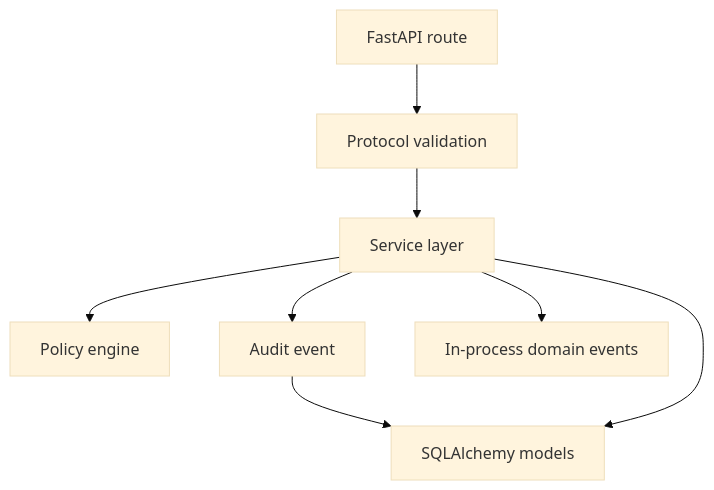
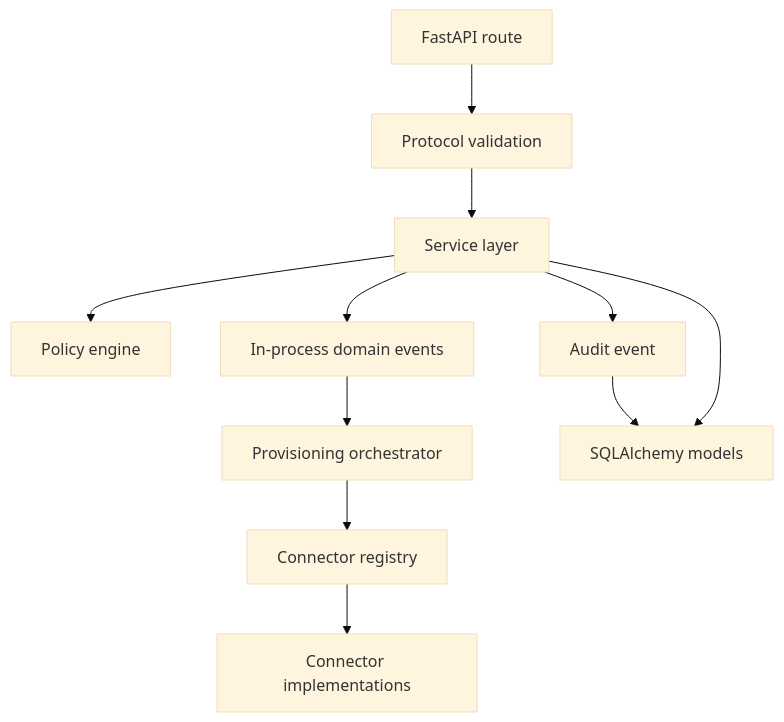
The second of 8 diagrams in docs/architecture.md (happelj/accessiq), drawn with Mermaid (base theme) before and after one commit. The commit also changed other lines of this file and 20 other files, not shown here.

````diff
--- a/docs/architecture.md
+++ b/docs/architecture.md
@@ -26,18 +29,24 @@
 ```mermaid
 flowchart TD
     Route["FastAPI route"]
     Validation["Protocol validation"]
     Service["Service layer"]
     Policy["Policy engine"]
     Audit["Audit event"]
     Events["In-process domain events"]
+    Orchestrator["Provisioning orchestrator"]
+    Registry["Connector registry"]
+    Connectors["Connector implementations"]
     Database["SQLAlchemy models"]
 
     Route --> Validation
     Validation --> Service
     Service --> Policy
     Service --> Audit
     Service --> Events
+    Events --> Orchestrator
+    Orchestrator --> Registry
+    Registry --> Connectors
     Audit --> Database
     Service --> Database
 ```
````
